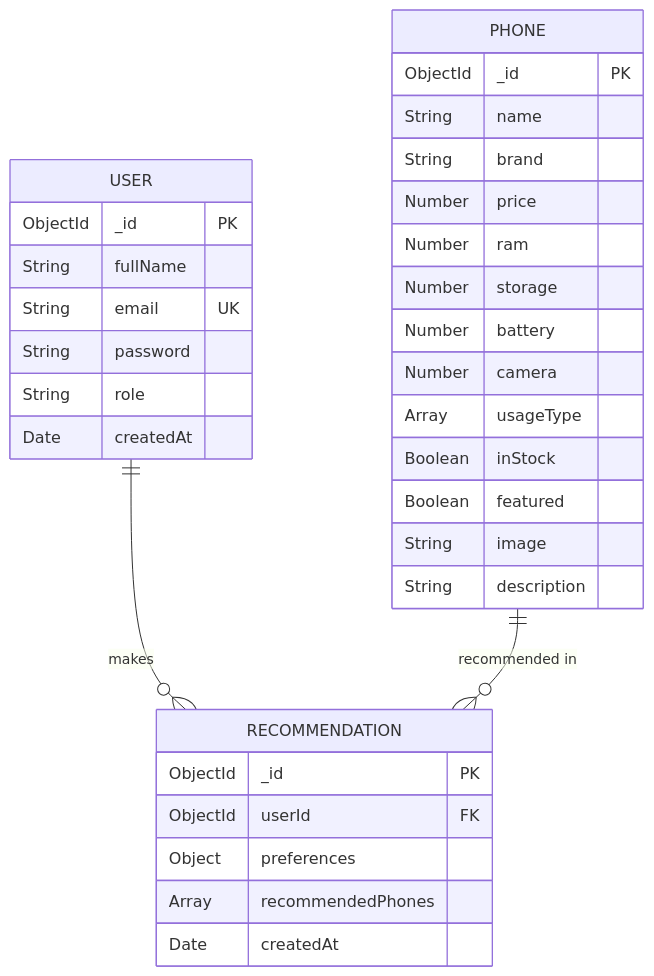
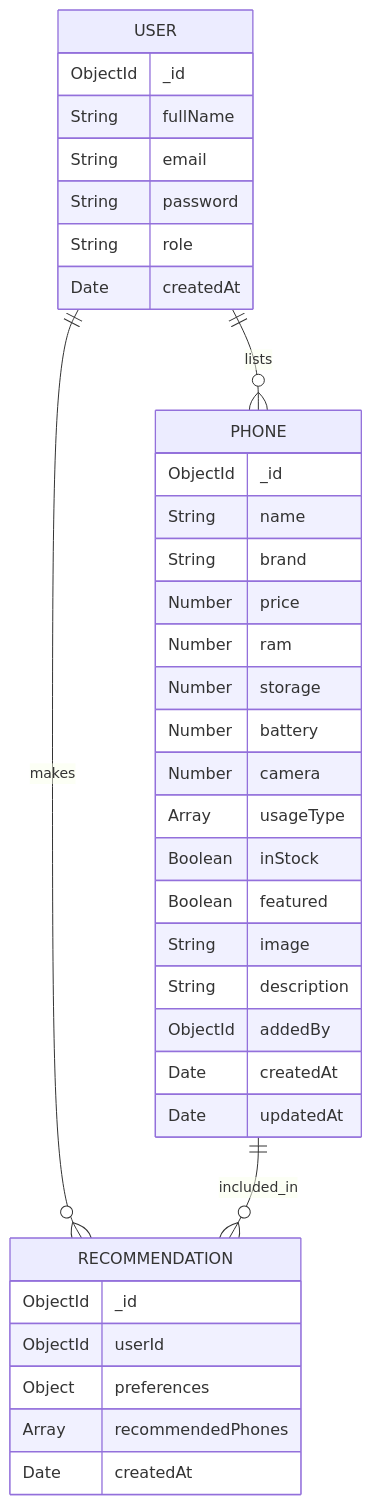
Before and after one commit to softboyai/Ai-based-phone: the sixth of 7 diagrams in diagrams.md, drawn with Mermaid. The commit also changed other lines of this file and 13 other files, not shown here.

````diff
--- a/diagrams.md
+++ b/diagrams.md
@@ -251,38 +172,42 @@
 ```mermaid
 erDiagram
     USER {
-        ObjectId _id PK
+        ObjectId _id
         String fullName
-        String email UK
+        String email
         String password
         String role
         Date createdAt
     }
 
     PHONE {
-        ObjectId _id PK
+        ObjectId _id
         String name
         String brand
         Number price
         Number ram
         Number storage
         Number battery
         Number camera
         Array usageType
         Boolean inStock
         Boolean featured
         String image
         String description
+        ObjectId addedBy
+        Date createdAt
+        Date updatedAt
     }
 
     RECOMMENDATION {
-        ObjectId _id PK
-        ObjectId userId FK
+        ObjectId _id
+        ObjectId userId
         Object preferences
         Array recommendedPhones
         Date createdAt
     }
 
-    USER ||--o{ RECOMMENDATION : "makes"
-    PHONE ||--o{ RECOMMENDATION : "recommended in"
+    USER ||--o{ RECOMMENDATION : makes
+    USER ||--o{ PHONE : lists
+    PHONE ||--o{ RECOMMENDATION : included_in
 ```
````
